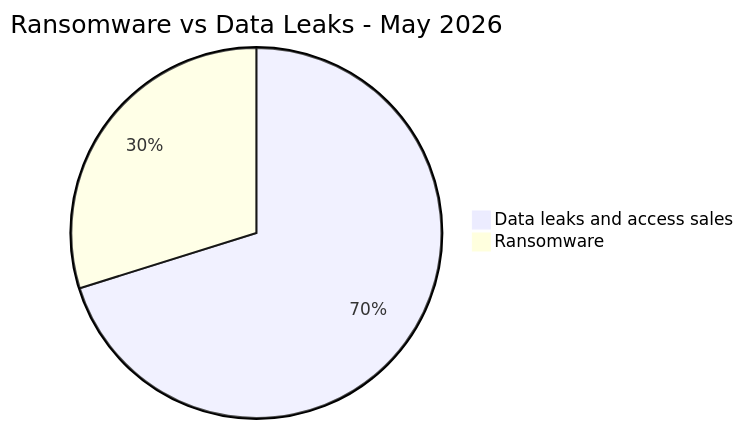
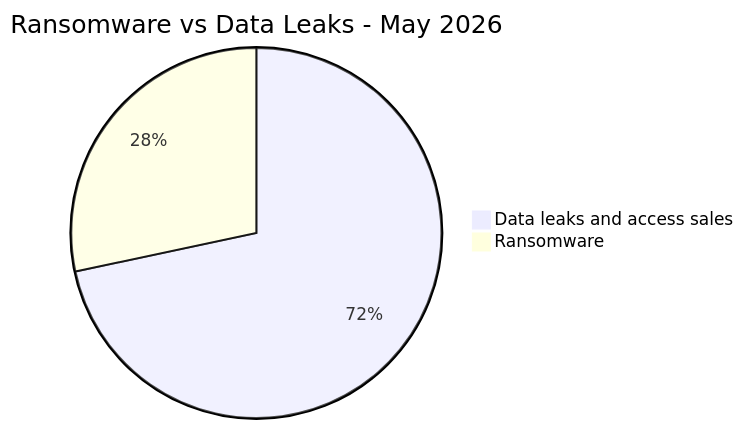
Before and after one commit to Hatchepsoute/AFRINTEL: the second of 4 diagrams in CyberAttackAfrica/2026/05-may/README.md, drawn with Mermaid. The commit also changed other lines of this file and 48 other files, not shown here.

````diff
--- a/CyberAttackAfrica/2026/05-may/README.md
+++ b/CyberAttackAfrica/2026/05-may/README.md
@@ -144,6 +146,6 @@
 ```mermaid
 pie
  title Ransomware vs Data Leaks - May 2026
- "Data leaks and access sales" : 40
+ "Data leaks and access sales" : 43
  "Ransomware" : 17
 ```
````
